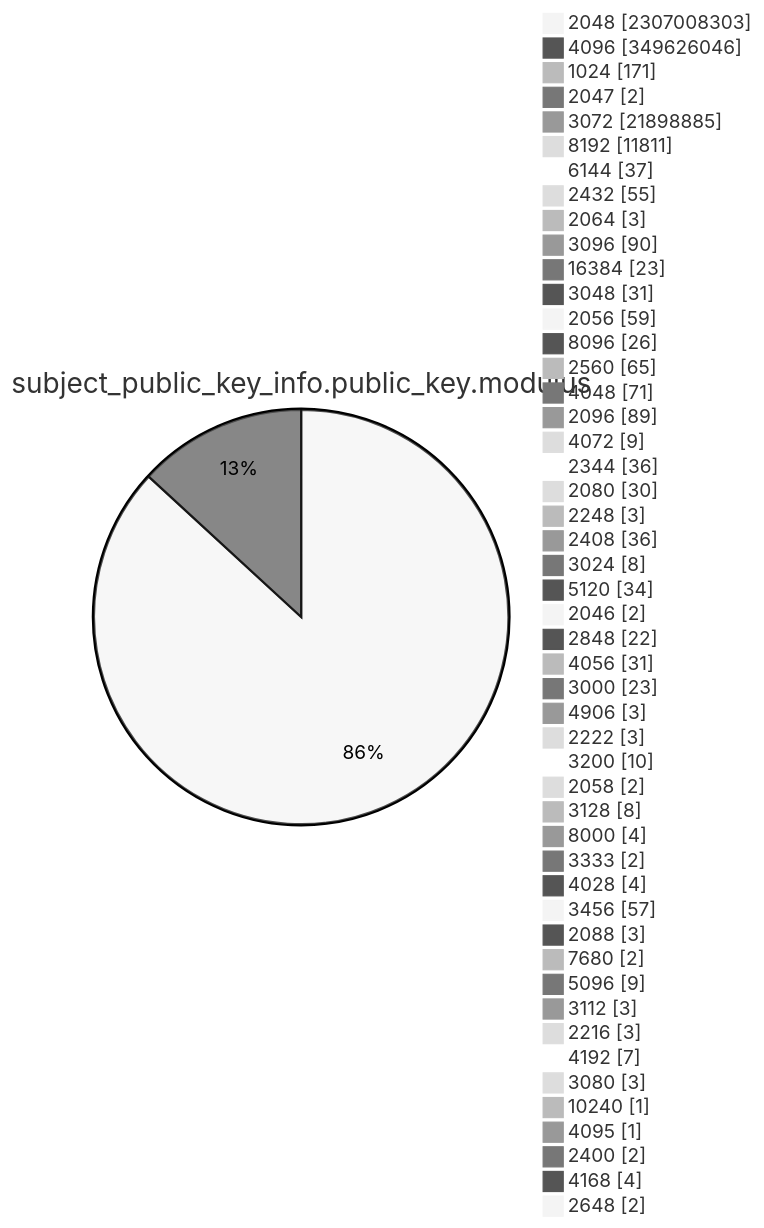
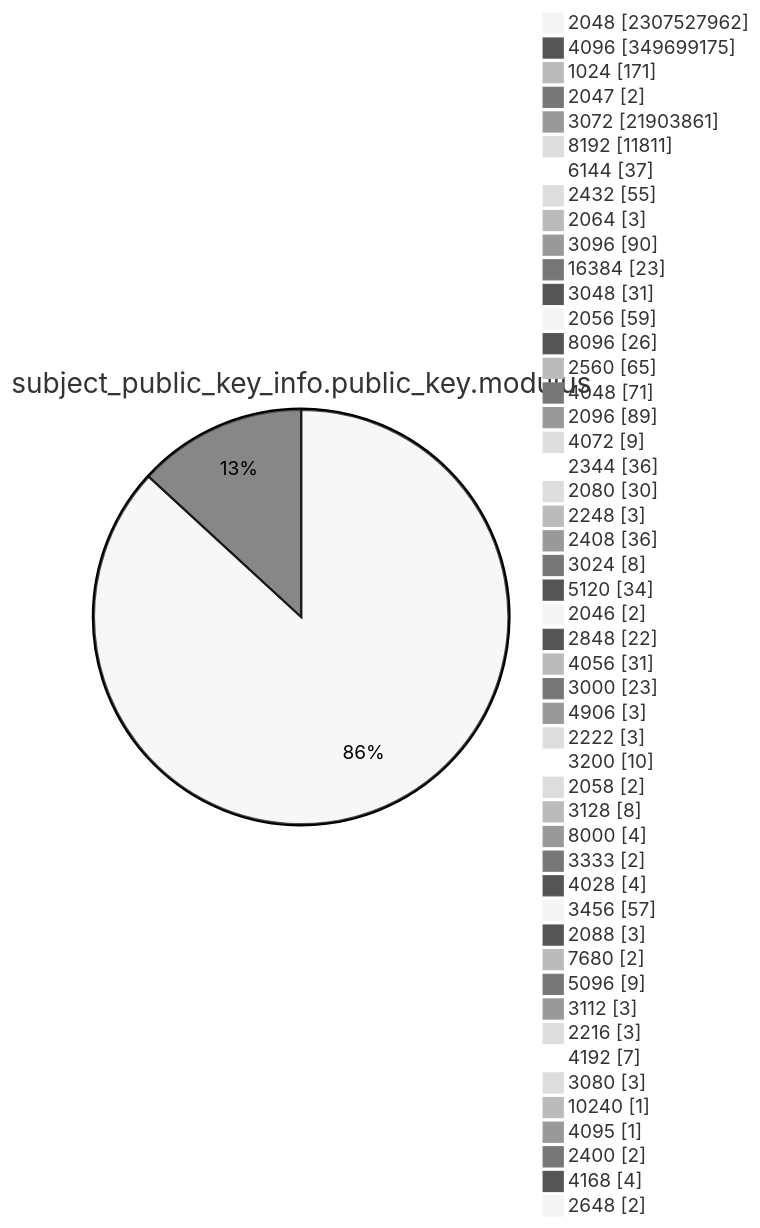
Before and after one commit to christiankrug/ctmonitor_visualization: diagram 13 of 15 in TOTAL/README.md, drawn with Mermaid (neutral theme). The commit also changed other lines of this file, not shown here.

````diff
--- a/TOTAL/README.md
+++ b/TOTAL/README.md
@@ -4167,53 +4167,53 @@
 ```mermaid
 pie showData
 title subject_public_key_info.public_key.modulus
-"2048" :2307008303
-"4096" :349626046
+"2048" :2307527962
+"4096" :349699175
 "1024" :171
 "2047" :2
-"3072" :21898885
+"3072" :21903861
 "8192" :11811
 "6144" :37
 "2432" :55
 "2064" :3
 "3096" :90
 "16384" :23
 "3048" :31
 "2056" :59
 "8096" :26
 "2560" :65
 "4048" :71
 "2096" :89
 "4072" :9
 "2344" :36
 "2080" :30
 "2248" :3
 "2408" :36
 "3024" :8
 "5120" :34
 "2046" :2
 "2848" :22
 "4056" :31
 "3000" :23
 "4906" :3
 "2222" :3
 "3200" :10
 "2058" :2
 "3128" :8
 "8000" :4
 "3333" :2
 "4028" :4
 "3456" :57
 "2088" :3
 "7680" :2
 "5096" :9
 "3112" :3
 "2216" :3
 "4192" :7
 "3080" :3
 "10240" :1
 "4095" :1
 "2400" :2
 "4168" :4
 "2648" :2
 ```
````
